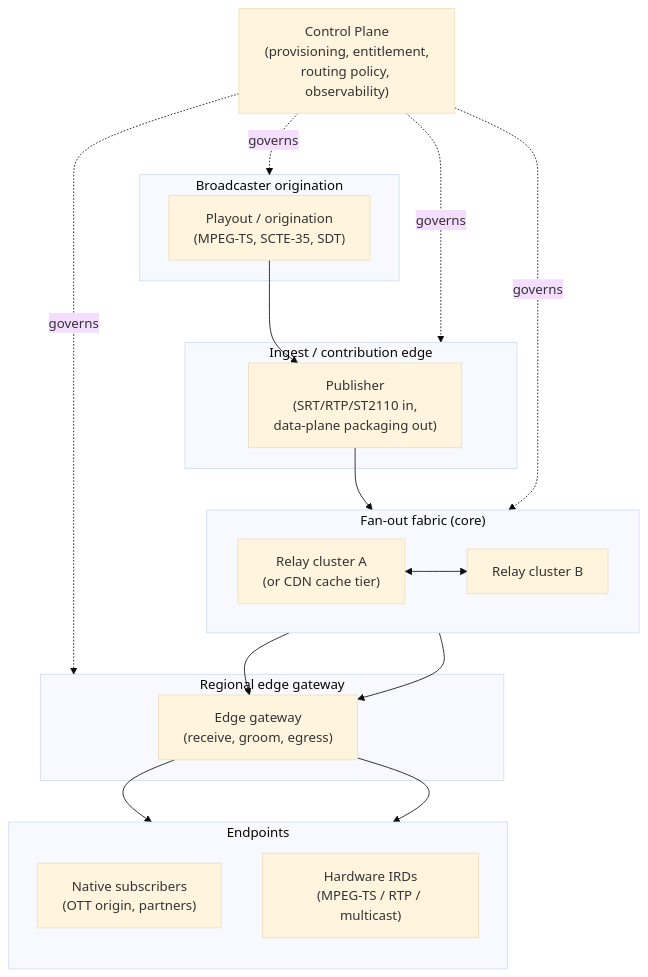
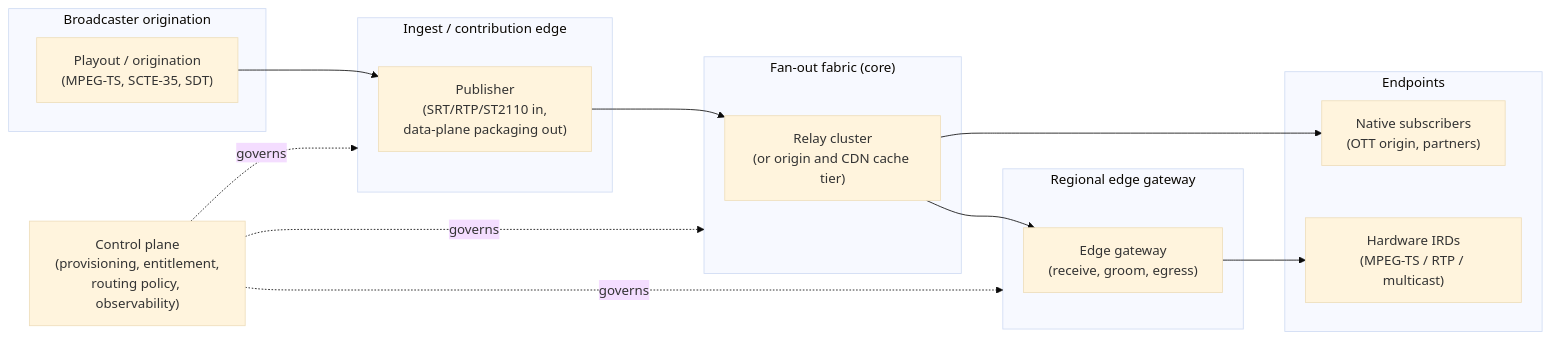
The first of 4 diagrams in docs/architecture.md (tdrapier-wbd/moq-mpegts-paper), drawn with Mermaid (base theme) before and after one commit. The commit also changed other lines of this file and 8 other files, not shown here.

First line of the commit message:
Architecture §2 and §5 follow the redundancy findings; comparison opens with a summary by lane; contents lists on every paper document

````diff
--- a/docs/architecture.md
+++ b/docs/architecture.md
@@ -32,41 +75,33 @@
 ```mermaid
-flowchart TD
-    CP["Control Plane\n(provisioning, entitlement,\nrouting policy, observability)"]
-
+flowchart LR
     subgraph Origination["Broadcaster origination"]
         SRC["Playout / origination\n(MPEG-TS, SCTE-35, SDT)"]
     end
 
     subgraph Ingest["Ingest / contribution edge"]
         PUB["Publisher\n(SRT/RTP/ST2110 in,\ndata-plane packaging out)"]
     end
 
     subgraph Fabric["Fan-out fabric (core)"]
-        direction LR
-        R1["Relay cluster A\n(or CDN cache tier)"]
-        R2["Relay cluster B"]
-        R1 <--> R2
+        R1["Relay cluster\n(or origin and CDN cache tier)"]
     end
 
     subgraph Edge["Regional edge gateway"]
         GW["Edge gateway\n(receive, groom, egress)"]
     end
 
     subgraph Endpoints["Endpoints"]
-        direction TB
         NSUB["Native subscribers\n(OTT origin, partners)"]
         IRD["Hardware IRDs\n(MPEG-TS / RTP / multicast)"]
     end
 
-    SRC --> PUB
-    PUB --> R1
-    R1 --> GW
-    R2 --> GW
-    GW --> NSUB
-    GW --> IRD
+    CP["Control plane\n(provisioning, entitlement,\nrouting policy, observability)"]
 
-    CP -. governs .-> Origination
+    SRC --> PUB --> R1
+    R1 --> NSUB
+    R1 --> GW --> IRD
+
     CP -. governs .-> Ingest
     CP -. governs .-> Fabric
     CP -. governs .-> Edge
 ```
````
